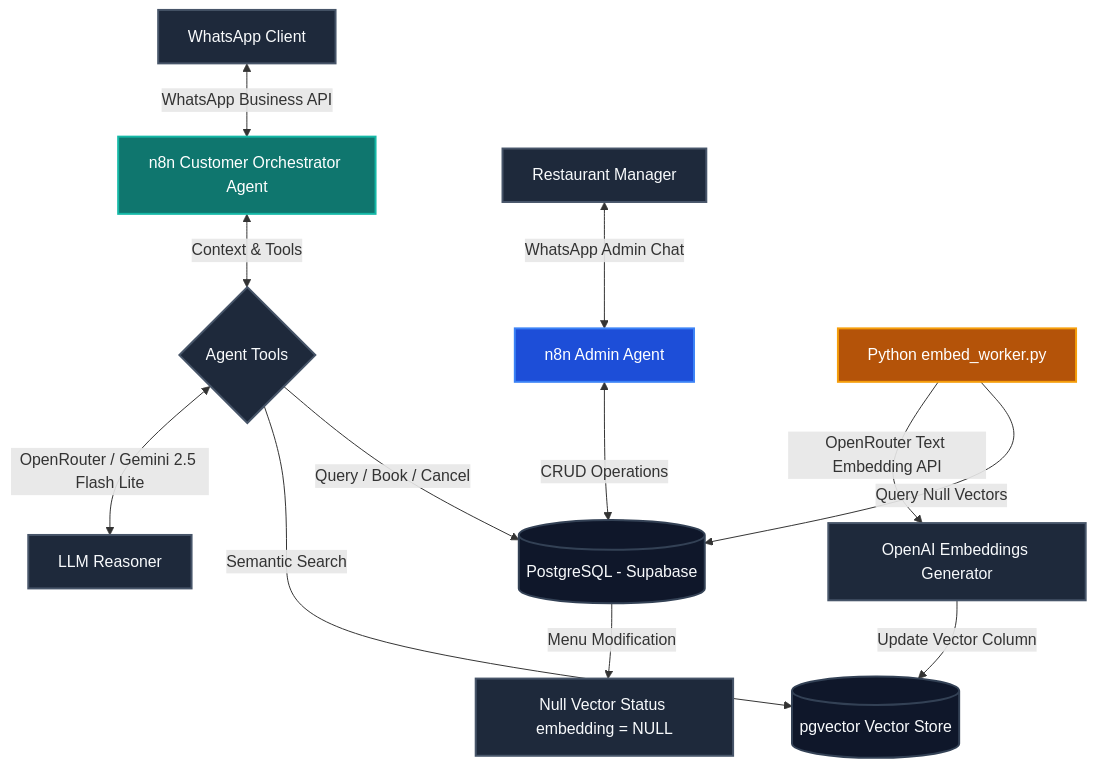
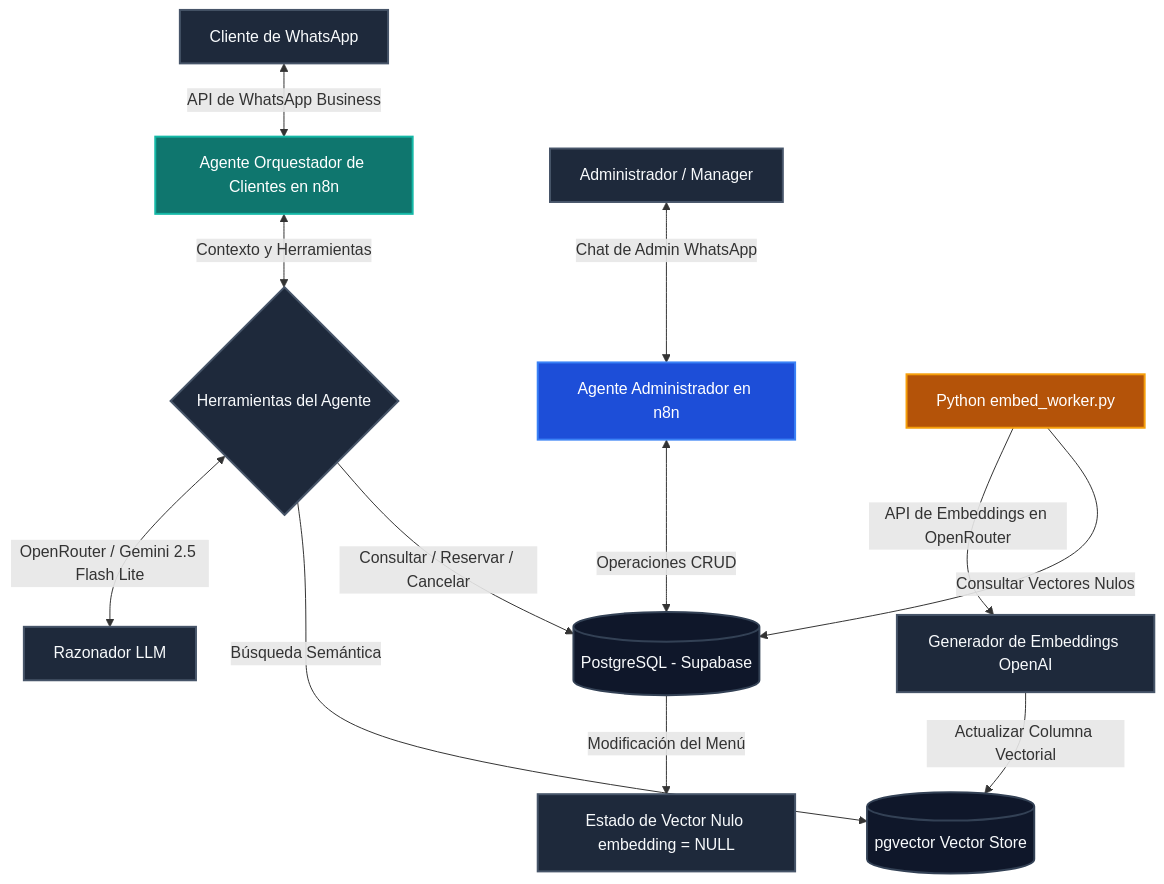
Before and after one commit to Nemma22/TableFlow: the diagram in README.md, drawn with Mermaid. The commit also changed other lines of this file, not shown here.

````diff
--- a/README.md
+++ b/README.md
@@ -40,31 +40,31 @@
 ```mermaid
 graph TD
     %% WhatsApp Real-Time Flow
-    A[WhatsApp Client] <-->|WhatsApp Business API| B[n8n Customer Orchestrator Agent]
-    B <-->|Context & Tools| C{Agent Tools}
-    C -->|Query / Book / Cancel| D[(PostgreSQL - Supabase)]
-    C -->|Semantic Search| E[(pgvector Vector Store)]
-    C <-->|OpenRouter / Gemini 2.5 Flash Lite| F[LLM Reasoner]
+    A[Cliente de WhatsApp] <-->|API de WhatsApp Business| B[Agente Orquestador de Clientes en n8n]
+    B <-->|Contexto y Herramientas| C{Herramientas del Agente}
+    C -->|Consultar / Reservar / Cancelar| D[(PostgreSQL - Supabase)]
+    C -->|Búsqueda Semántica| E[(pgvector Vector Store)]
+    C <-->|OpenRouter / Gemini 2.5 Flash Lite| F[Razonador LLM]
 
     %% Admin Real-Time Operations
-    G[Restaurant Manager] <-->|WhatsApp Admin Chat| H[n8n Admin Agent]
-    H <-->|CRUD Operations| D
+    G[Administrador / Manager] <-->|Chat de Admin WhatsApp| H[Agente Administrador en n8n]
+    H <-->|Operaciones CRUD| D
     
     %% Decoupled Embedding Sync Pipeline
-    D -->|Menu Modification| I[Null Vector Status embedding = NULL]
-    J[Python embed_worker.py] -->|Query Null Vectors| D
-    J -->|OpenRouter Text Embedding API| K[OpenAI Embeddings Generator]
-    K -->|Update Vector Column| E
+    D -->|Modificación del Menú| I[Estado de Vector Nulo embedding = NULL]
+    J[Python embed_worker.py] -->|Consultar Vectores Nulos| D
+    J -->|API de Embeddings en OpenRouter| K[Generador de Embeddings OpenAI]
+    K -->|Actualizar Columna Vectorial| E
     
-    %% Styles
+    %% Estilos
     classDef default fill:#1e293b,stroke:#475569,stroke-width:2px,color:#f8fafc;
     classDef customerAgent fill:#0f766e,stroke:#14b8a6,stroke-width:2px,color:#ffffff;
     classDef adminAgent fill:#1d4ed8,stroke:#3b82f6,stroke-width:2px,color:#ffffff;
     classDef pythonScript fill:#b45309,stroke:#f59e0b,stroke-width:2px,color:#ffffff;
     classDef databaseNode fill:#0f172a,stroke:#334155,stroke-width:2px,color:#f8fafc;
 
     class B customerAgent;
     class H adminAgent;
     class J pythonScript;
     class D,E databaseNode;
 ```
````
